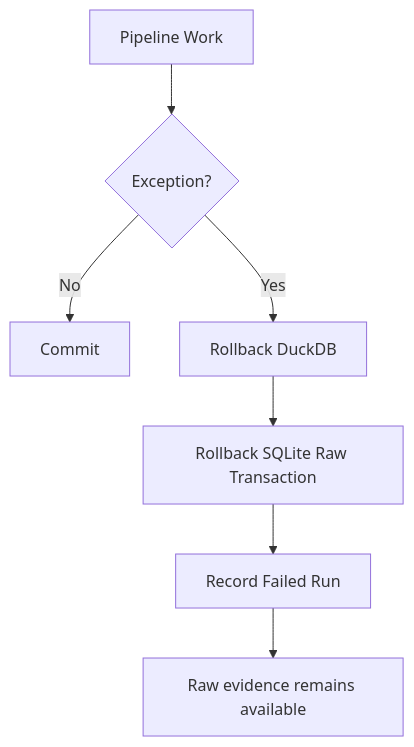
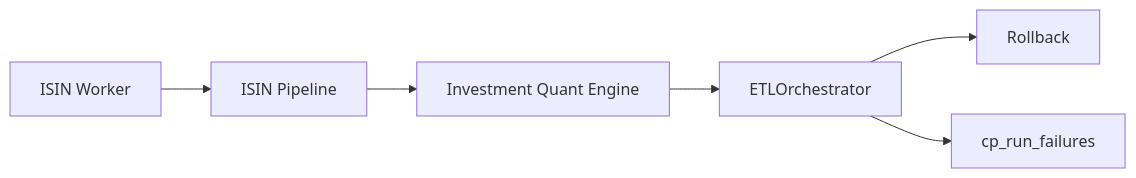
One commit to tks18/personal-finance-etl changed the second of 3 diagrams in docs/architecture/reliability-and-recovery.md. Above: the diagram before and after it, drawn with Mermaid. The commit also changed other lines of this file and 5 other files, not shown here.

Commit message:
docs: refactor architecture docs to reflect recent changes

````diff
--- a/docs/architecture/reliability-and-recovery.md
+++ b/docs/architecture/reliability-and-recovery.md
@@ -199,9 +189,8 @@
 ```mermaid
-flowchart TB
-    WORK["Pipeline Work"] --> ERR{"Exception?"}
-    ERR -->|"No"| C["Commit"]
-    ERR -->|"Yes"| D["Rollback DuckDB"]
-    D --> R["Rollback SQLite Raw Transaction"]
-    R --> L["Record Failed Run"]
-    L --> KEEP["Raw evidence remains available"]
+flowchart LR
+    W["ISIN Worker"] --> P["ISIN Pipeline"]
+    P --> Q["Investment Quant Engine"]
+    Q --> O["ETLOrchestrator"]
+    O --> RB["Rollback"]
+    O --> FAIL["cp_run_failures"]
 ```
````
